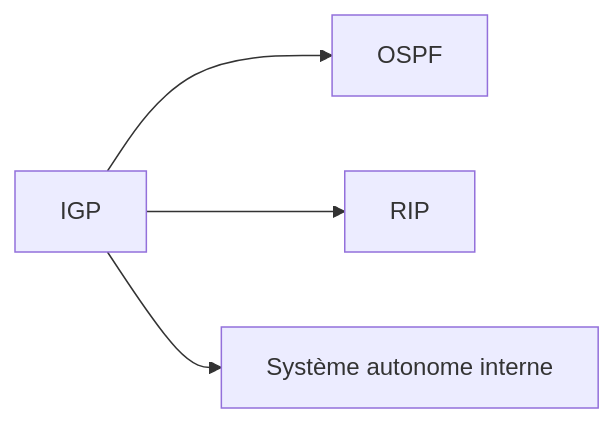
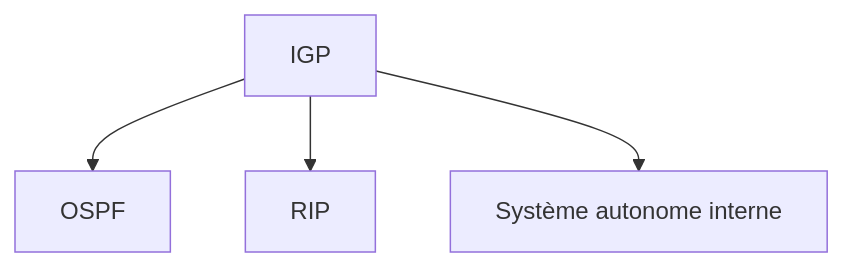
Before and after one commit to zyrass/omnydocs: diagram 15 of 38 in docs/glossaire/administration-reseau.md, drawn with Mermaid. The commit also changed other lines of this file and 1780 other files, not shown here.

````diff
--- a/docs/glossaire/administration-reseau.md
+++ b/docs/glossaire/administration-reseau.md
@@ -323,6 +387,6 @@
-    ```mermaid
-    graph LR
-        A[IGP] --> B[OSPF]
-        A --> C[RIP]
-        A --> D[Système autonome interne]
-    ```
+```mermaid
+graph TB
+    A[IGP] --> B[OSPF]
+    A --> C[RIP]
+    A --> D[Système autonome interne]
+```
````
